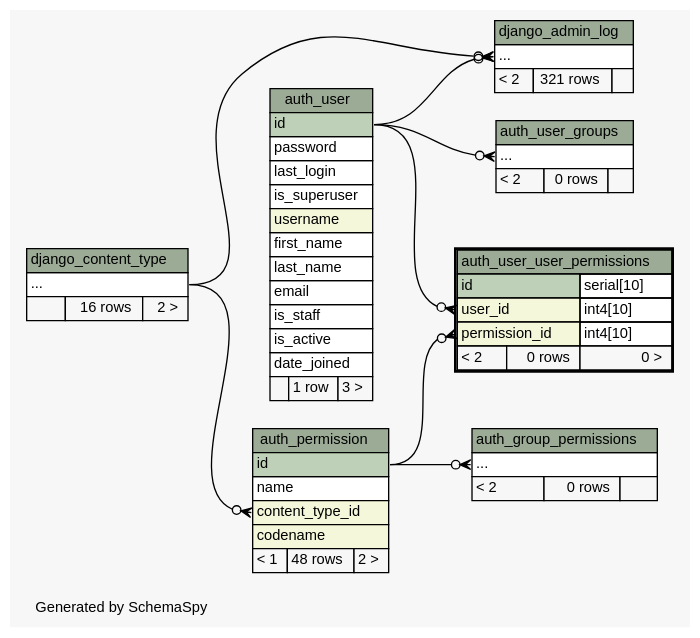
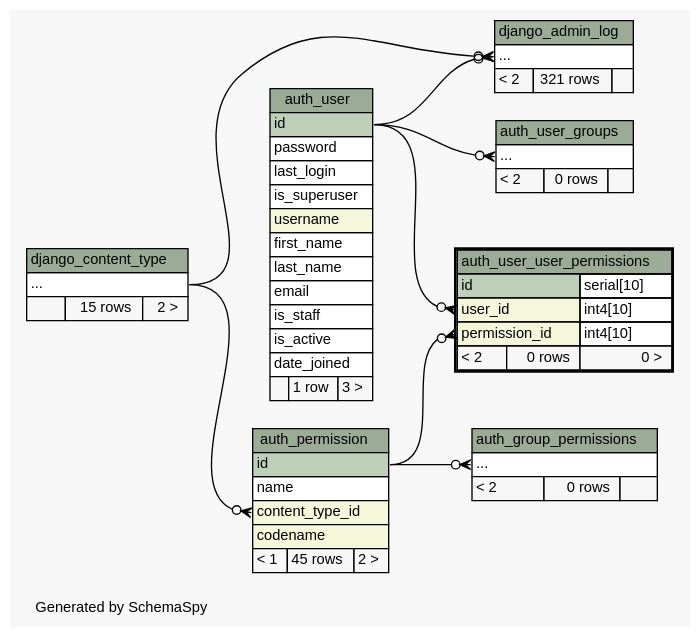
One commit to jingyayeah/multiscale-galactose changed the diagram in database/schema/diagrams/auth_user_user_permissions.2degrees.dot. Above: the diagram before and after it, drawn with Graphviz. The commit also changed 102 other files, not shown here.

Commit message:
Database schema updated

```diff
--- a/database/schema/diagrams/auth_user_user_permissions.2degrees.dot
+++ b/database/schema/diagrams/auth_user_user_permissions.2degrees.dot
@@ -1,114 +1,114 @@
 // dot 2.26.3 on Linux 3.11.0-12-generic
 // SchemaSpy rev 590
 digraph "twoDegreesRelationshipsDiagram" {
   graph [
     rankdir="RL"
     bgcolor="#f7f7f7"
     label="\nGenerated by SchemaSpy"
     labeljust="l"
     nodesep="0.18"
     ranksep="0.46"
     fontname="Helvetica"
     fontsize="11"
   ];
   node [
     fontname="Helvetica"
     fontsize="11"
     shape="plaintext"
   ];
   edge [
     arrowsize="0.8"
   ];
   "auth_group_permissions":"elipses":w -> "auth_permission":"id":e [arrowhead=none dir=back arrowtail=crowodot];
   "auth_permission":"content_type_id":w -> "django_content_type":"elipses":e [arrowhead=none dir=back arrowtail=crowodot];
   "auth_user_groups":"elipses":w -> "auth_user":"id":e [arrowhead=none dir=back arrowtail=crowodot];
   "auth_user_user_permissions":"permission_id":w -> "auth_permission":"id":e [arrowhead=none dir=back arrowtail=crowodot];
   "auth_user_user_permissions":"user_id":w -> "auth_user":"id":e [arrowhead=none dir=back arrowtail=crowodot];
   "django_admin_log":"elipses":w -> "django_content_type":"elipses":e [arrowhead=none dir=back arrowtail=crowodot];
   "django_admin_log":"elipses":w -> "auth_user":"id":e [arrowhead=none dir=back arrowtail=crowodot];
   "auth_group_permissions" [
     label=<
     <TABLE BORDER="0" CELLBORDER="1" CELLSPACING="0" BGCOLOR="#ffffff">
       <TR><TD COLSPAN="3" BGCOLOR="#9bab96" ALIGN="CENTER">auth_group_permissions</TD></TR>
       <TR><TD PORT="elipses" COLSPAN="3" ALIGN="LEFT">...</TD></TR>
       <TR><TD ALIGN="LEFT" BGCOLOR="#f7f7f7">&lt; 2</TD><TD ALIGN="RIGHT" BGCOLOR="#f7f7f7">0 rows</TD><TD ALIGN="RIGHT" BGCOLOR="#f7f7f7">  </TD></TR>
     </TABLE>>
     URL="auth_group_permissions.html"
     tooltip="auth_group_permissions"
   ];
   "auth_permission" [
     label=<
     <TABLE BORDER="0" CELLBORDER="1" CELLSPACING="0" BGCOLOR="#ffffff">
       <TR><TD COLSPAN="3" BGCOLOR="#9bab96" ALIGN="CENTER">auth_permission</TD></TR>
       <TR><TD PORT="id" COLSPAN="3" BGCOLOR="#bed1b8" ALIGN="LEFT">id</TD></TR>
       <TR><TD PORT="name" COLSPAN="3" ALIGN="LEFT">name</TD></TR>
       <TR><TD PORT="content_type_id" COLSPAN="3" BGCOLOR="#f4f7da" ALIGN="LEFT">content_type_id</TD></TR>
       <TR><TD PORT="codename" COLSPAN="3" BGCOLOR="#f4f7da" ALIGN="LEFT">codename</TD></TR>
-      <TR><TD ALIGN="LEFT" BGCOLOR="#f7f7f7">&lt; 1</TD><TD ALIGN="RIGHT" BGCOLOR="#f7f7f7">48 rows</TD><TD ALIGN="RIGHT" BGCOLOR="#f7f7f7">2 &gt;</TD></TR>
+      <TR><TD ALIGN="LEFT" BGCOLOR="#f7f7f7">&lt; 1</TD><TD ALIGN="RIGHT" BGCOLOR="#f7f7f7">45 rows</TD><TD ALIGN="RIGHT" BGCOLOR="#f7f7f7">2 &gt;</TD></TR>
     </TABLE>>
     URL="auth_permission.html"
     tooltip="auth_permission"
   ];
   "auth_user" [
     label=<
     <TABLE BORDER="0" CELLBORDER="1" CELLSPACING="0" BGCOLOR="#ffffff">
       <TR><TD COLSPAN="3" BGCOLOR="#9bab96" ALIGN="CENTER">auth_user</TD></TR>
       <TR><TD PORT="id" COLSPAN="3" BGCOLOR="#bed1b8" ALIGN="LEFT">id</TD></TR>
       <TR><TD PORT="password" COLSPAN="3" ALIGN="LEFT">password</TD></TR>
       <TR><TD PORT="last_login" COLSPAN="3" ALIGN="LEFT">last_login</TD></TR>
       <TR><TD PORT="is_superuser" COLSPAN="3" ALIGN="LEFT">is_superuser</TD></TR>
       <TR><TD PORT="username" COLSPAN="3" BGCOLOR="#f4f7da" ALIGN="LEFT">username</TD></TR>
       <TR><TD PORT="first_name" COLSPAN="3" ALIGN="LEFT">first_name</TD></TR>
       <TR><TD PORT="last_name" COLSPAN="3" ALIGN="LEFT">last_name</TD></TR>
       <TR><TD PORT="email" COLSPAN="3" ALIGN="LEFT">email</TD></TR>
       <TR><TD PORT="is_staff" COLSPAN="3" ALIGN="LEFT">is_staff</TD></TR>
       <TR><TD PORT="is_active" COLSPAN="3" ALIGN="LEFT">is_active</TD></TR>
       <TR><TD PORT="date_joined" COLSPAN="3" ALIGN="LEFT">date_joined</TD></TR>
       <TR><TD ALIGN="LEFT" BGCOLOR="#f7f7f7">  </TD><TD ALIGN="RIGHT" BGCOLOR="#f7f7f7">1 row</TD><TD ALIGN="RIGHT" BGCOLOR="#f7f7f7">3 &gt;</TD></TR>
     </TABLE>>
     URL="auth_user.html"
     tooltip="auth_user"
   ];
   "auth_user_groups" [
     label=<
     <TABLE BORDER="0" CELLBORDER="1" CELLSPACING="0" BGCOLOR="#ffffff">
       <TR><TD COLSPAN="3" BGCOLOR="#9bab96" ALIGN="CENTER">auth_user_groups</TD></TR>
       <TR><TD PORT="elipses" COLSPAN="3" ALIGN="LEFT">...</TD></TR>
       <TR><TD ALIGN="LEFT" BGCOLOR="#f7f7f7">&lt; 2</TD><TD ALIGN="RIGHT" BGCOLOR="#f7f7f7">0 rows</TD><TD ALIGN="RIGHT" BGCOLOR="#f7f7f7">  </TD></TR>
     </TABLE>>
     URL="auth_user_groups.html"
     tooltip="auth_user_groups"
   ];
   "auth_user_user_permissions" [
     label=<
     <TABLE BORDER="2" CELLBORDER="1" CELLSPACING="0" BGCOLOR="#ffffff">
       <TR><TD COLSPAN="3" BGCOLOR="#9bab96" ALIGN="CENTER">auth_user_user_permissions</TD></TR>
       <TR><TD PORT="id" COLSPAN="2" BGCOLOR="#bed1b8" ALIGN="LEFT">id</TD><TD PORT="id.type" ALIGN="LEFT">serial[10]</TD></TR>
       <TR><TD PORT="user_id" COLSPAN="2" BGCOLOR="#f4f7da" ALIGN="LEFT">user_id</TD><TD PORT="user_id.type" ALIGN="LEFT">int4[10]</TD></TR>
       <TR><TD PORT="permission_id" COLSPAN="2" BGCOLOR="#f4f7da" ALIGN="LEFT">permission_id</TD><TD PORT="permission_id.type" ALIGN="LEFT">int4[10]</TD></TR>
       <TR><TD ALIGN="LEFT" BGCOLOR="#f7f7f7">&lt; 2</TD><TD ALIGN="RIGHT" BGCOLOR="#f7f7f7">0 rows</TD><TD ALIGN="RIGHT" BGCOLOR="#f7f7f7">0 &gt;</TD></TR>
     </TABLE>>
     URL="auth_user_user_permissions.html"
     tooltip="auth_user_user_permissions"
   ];
   "django_admin_log" [
     label=<
     <TABLE BORDER="0" CELLBORDER="1" CELLSPACING="0" BGCOLOR="#ffffff">
       <TR><TD COLSPAN="3" BGCOLOR="#9bab96" ALIGN="CENTER">django_admin_log</TD></TR>
       <TR><TD PORT="elipses" COLSPAN="3" ALIGN="LEFT">...</TD></TR>
       <TR><TD ALIGN="LEFT" BGCOLOR="#f7f7f7">&lt; 2</TD><TD ALIGN="RIGHT" BGCOLOR="#f7f7f7">321 rows</TD><TD ALIGN="RIGHT" BGCOLOR="#f7f7f7">  </TD></TR>
     </TABLE>>
     URL="django_admin_log.html"
     tooltip="django_admin_log"
   ];
   "django_content_type" [
     label=<
     <TABLE BORDER="0" CELLBORDER="1" CELLSPACING="0" BGCOLOR="#ffffff">
       <TR><TD COLSPAN="3" BGCOLOR="#9bab96" ALIGN="CENTER">django_content_type</TD></TR>
       <TR><TD PORT="elipses" COLSPAN="3" ALIGN="LEFT">...</TD></TR>
-      <TR><TD ALIGN="LEFT" BGCOLOR="#f7f7f7">  </TD><TD ALIGN="RIGHT" BGCOLOR="#f7f7f7">16 rows</TD><TD ALIGN="RIGHT" BGCOLOR="#f7f7f7">2 &gt;</TD></TR>
+      <TR><TD ALIGN="LEFT" BGCOLOR="#f7f7f7">  </TD><TD ALIGN="RIGHT" BGCOLOR="#f7f7f7">15 rows</TD><TD ALIGN="RIGHT" BGCOLOR="#f7f7f7">2 &gt;</TD></TR>
     </TABLE>>
     URL="django_content_type.html"
     tooltip="django_content_type"
   ];
 }
```
